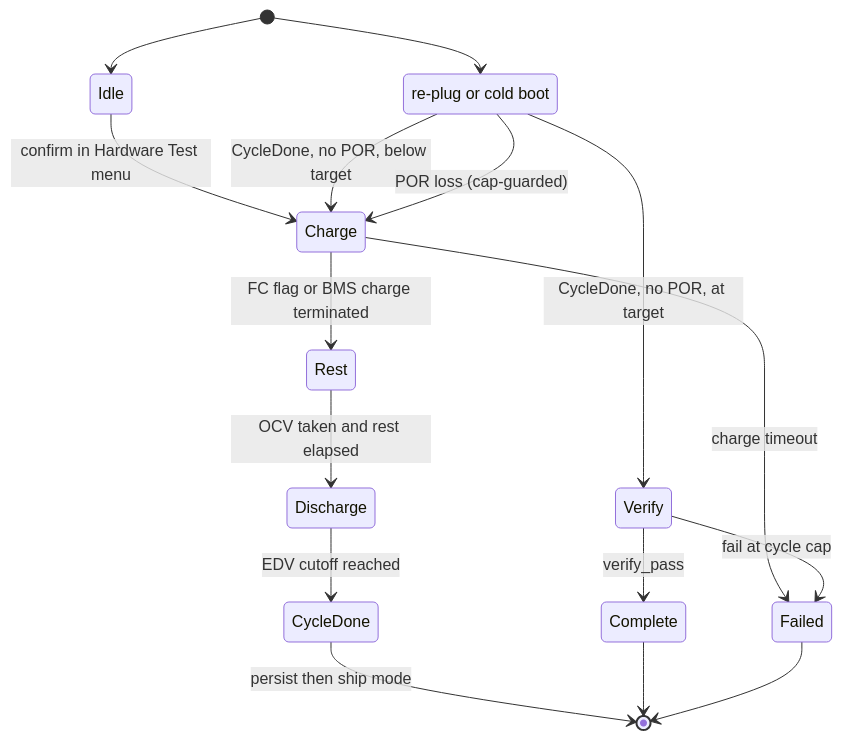
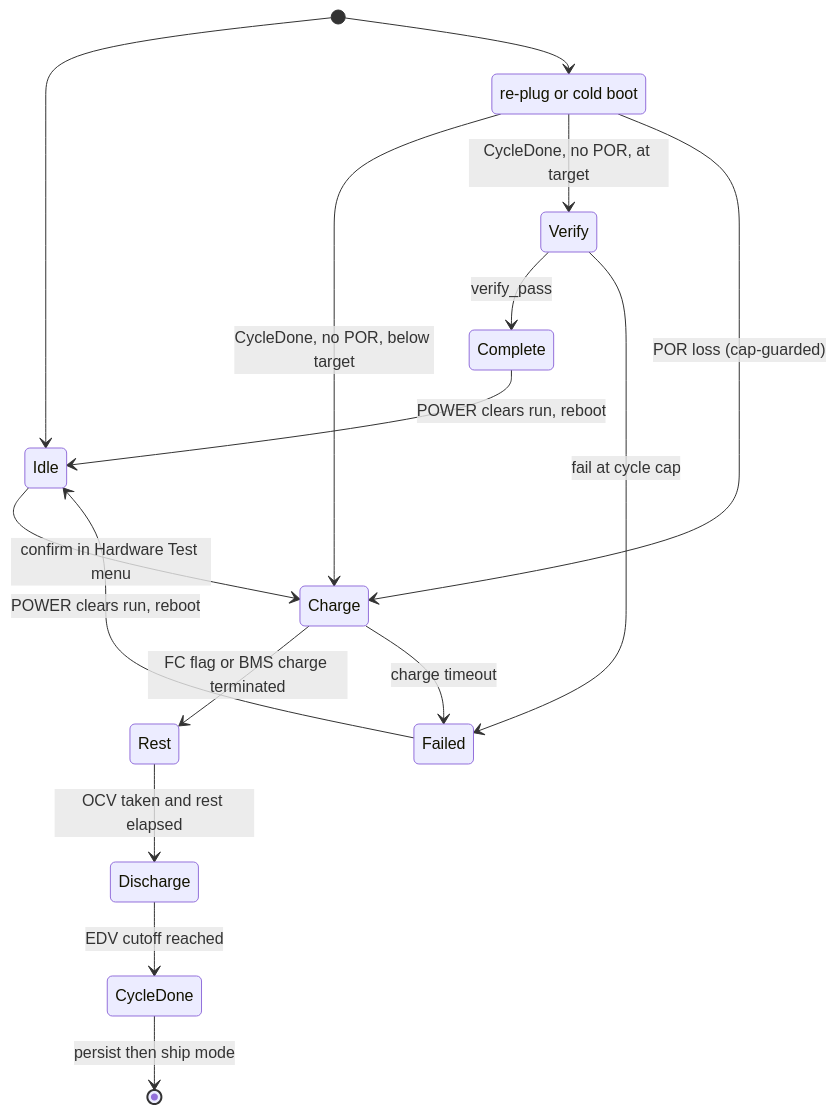
One commit to Open-Air-Foundation/firmware-core changed the first of 4 diagrams in products/go/docs/fg_learning.md. Above: the diagram before and after it, drawn with Mermaid. The commit also changed other lines of this file and 16 other files, not shown here.

````diff
--- a/products/go/docs/fg_learning.md
+++ b/products/go/docs/fg_learning.md
@@ -101,21 +101,21 @@
 ```mermaid
 stateDiagram-v2
     [*] --> Idle
     Idle --> Charge: confirm in Hardware Test menu
     Charge --> Rest: FC flag or BMS charge terminated
     Charge --> Failed: charge timeout
     Rest --> Discharge: OCV taken and rest elapsed
     Discharge --> CycleDone: EDV cutoff reached
     CycleDone --> [*]: persist then ship mode
 
     state "re-plug or cold boot" as Boot
     [*] --> Boot
     Boot --> Charge: CycleDone, no POR, below target
     Boot --> Verify: CycleDone, no POR, at target
     Boot --> Charge: POR loss (cap-guarded)
 
     Verify --> Complete: verify_pass
     Verify --> Failed: fail at cycle cap
-    Complete --> [*]
-    Failed --> [*]
+    Complete --> Idle: POWER clears run, reboot
+    Failed --> Idle: POWER clears run, reboot
 ```
````
